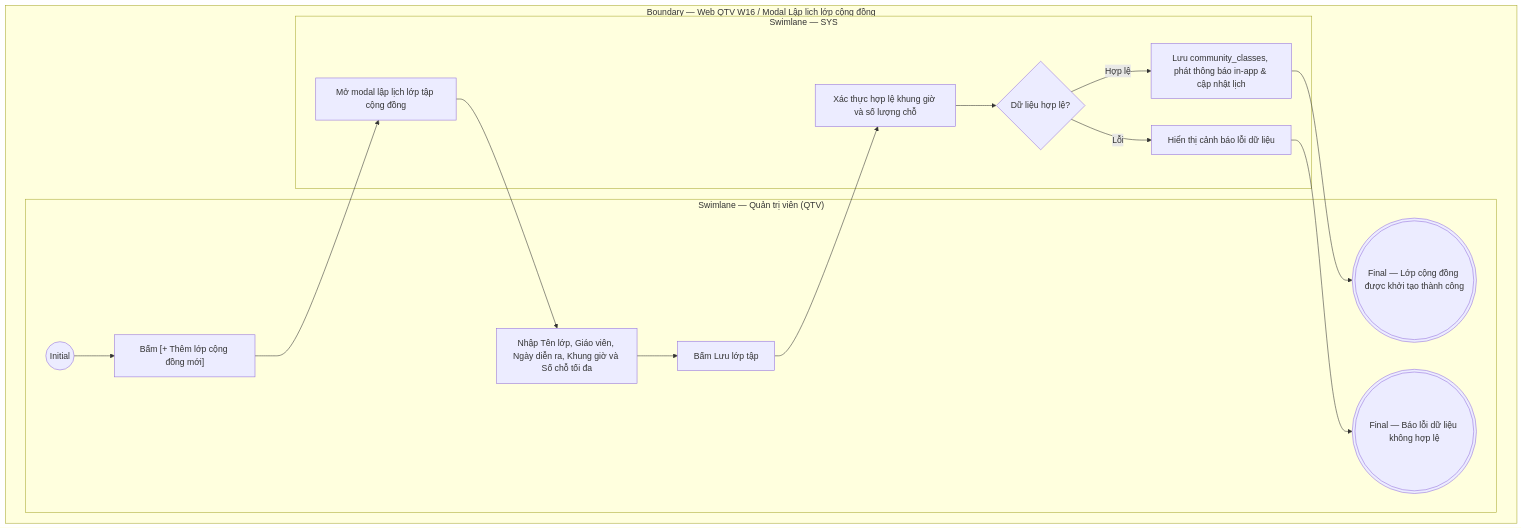
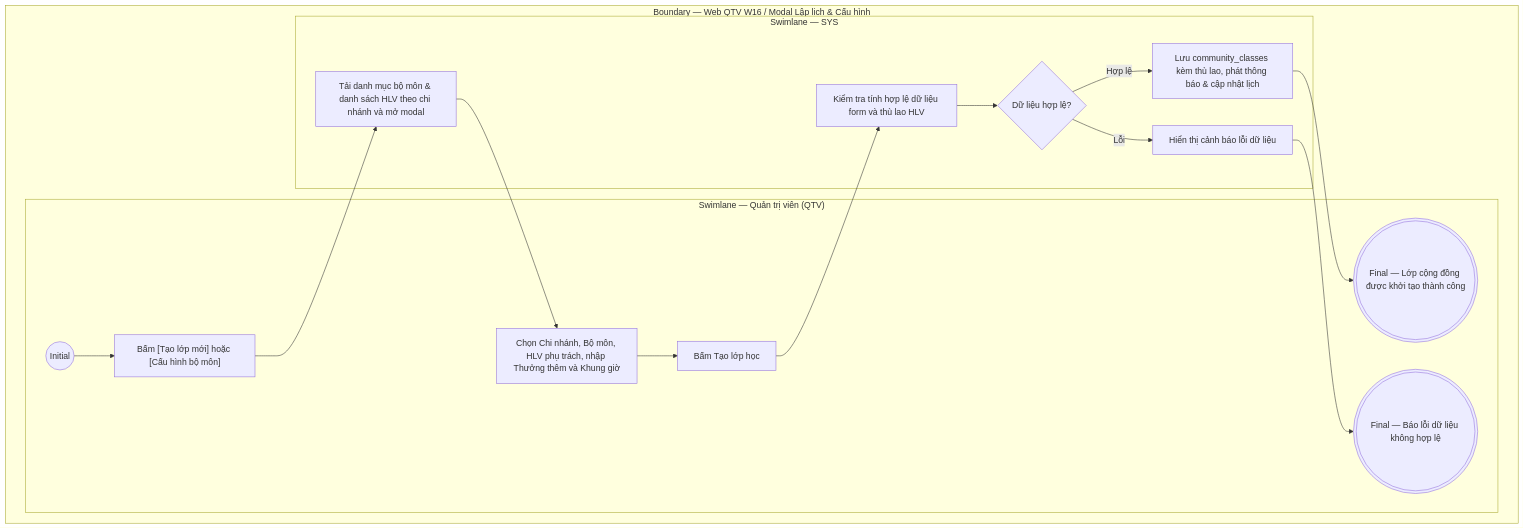
Before and after one commit to ThachY-23120411/Paradise-Gym-v2: the diagram in docs/user-stories/qtv/QTV-W16-Lớp tập cộng đồng/QTV-W16-US01-Lập lịch và quản lý lớp tập cộng đồng.md, drawn with Mermaid. The commit also changed other lines of this file and 937 other files, not shown here.

````diff
--- a/docs/user-stories/qtv/QTV-W16-Lớp tập cộng đồng/QTV-W16-US01-Lập lịch và quản lý lớp tập cộng đồng.md
+++ b/docs/user-stories/qtv/QTV-W16-Lớp tập cộng đồng/QTV-W16-US01-Lập lịch và quản lý lớp tập cộng đồng.md
@@ -62,28 +124,28 @@
 ```mermaid
 flowchart TB
-  subgraph B["Boundary — Web QTV W16 / Modal Lập lịch lớp cộng đồng"]
+  subgraph B["Boundary — Web QTV W16 / Modal Lập lịch & Cấu hình"]
     subgraph L0["Swimlane — Quản trị viên (QTV)"]
       I01(("Initial"))
-      A01["Bấm [+ Thêm lớp cộng đồng mới]"]
-      A02["Nhập Tên lớp, Giáo viên, Ngày diễn ra, Khung giờ và Số chỗ tối đa"]
-      A03["Bấm Lưu lớp tập"]
+      A01["Bấm [Tạo lớp mới] hoặc [Cấu hình bộ môn]"]
+      A02["Chọn Chi nhánh, Bộ môn, HLV phụ trách, nhập Thưởng thêm và Khung giờ"]
+      A03["Bấm Tạo lớp học"]
       F01((("Final — Lớp cộng đồng được khởi tạo thành công")))
       F02((("Final — Báo lỗi dữ liệu không hợp lệ")))
       I01 --> A01
       A02 --> A03
     end
 
     subgraph L1["Swimlane — SYS"]
-      S01["Mở modal lập lịch lớp tập cộng đồng"]
-      S02["Xác thực hợp lệ khung giờ và số lượng chỗ"]
+      S01["Tải danh mục bộ môn & danh sách HLV theo chi nhánh và mở modal"]
+      S02["Kiểm tra tính hợp lệ dữ liệu form và thù lao HLV"]
       D01{"Dữ liệu hợp lệ?"}
-      S03["Lưu community_classes, phát thông báo in-app & cập nhật lịch"]
+      S03["Lưu community_classes kèm thù lao, phát thông báo & cập nhật lịch"]
       S04["Hiển thị cảnh báo lỗi dữ liệu"]
 
       A01 --> S01 --> A02
       A03 --> S02 --> D01
       D01 -->|Hợp lệ| S03 --> F01
       D01 -->|Lỗi| S04 --> F02
     end
   end
 ```
````
